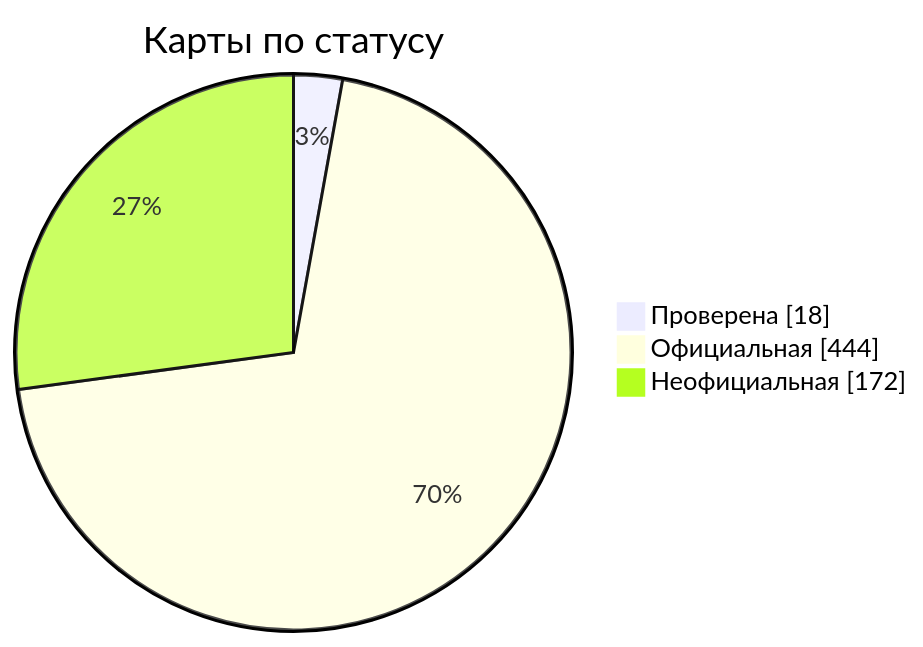
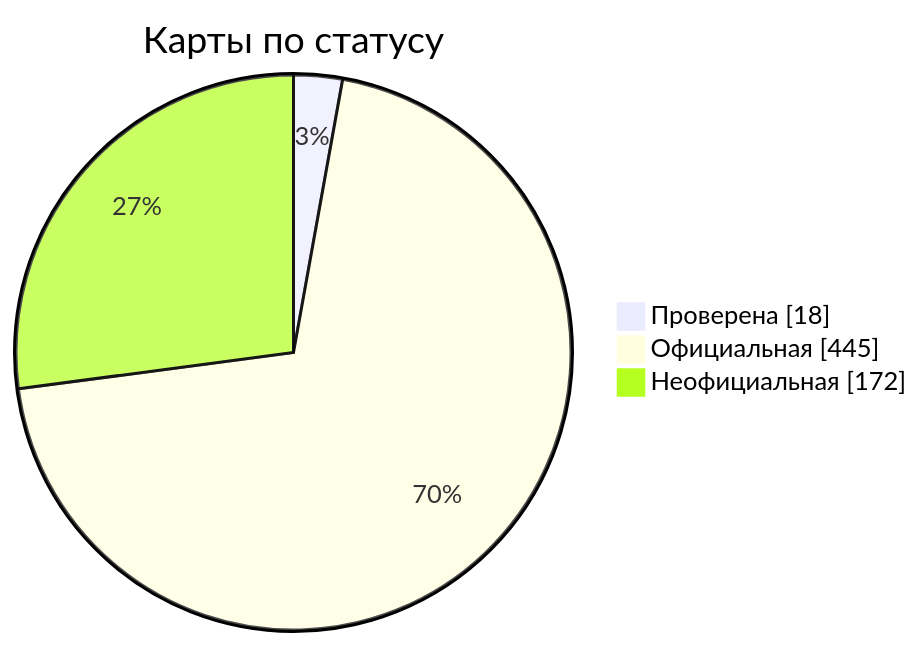
The diagram in docs/readme/README_RU.md (nobrega8/mbmap-library), drawn with Mermaid before and after one commit. The commit also changed 6 other files, not shown here.

````diff
--- a/docs/readme/README_RU.md
+++ b/docs/readme/README_RU.md
@@ -54,7 +54,7 @@
 ```mermaid
 pie showData
     title Карты по статусу
     "Проверена" : 18
-    "Официальная" : 444
+    "Официальная" : 445
     "Неофициальная" : 172
 ```
````
